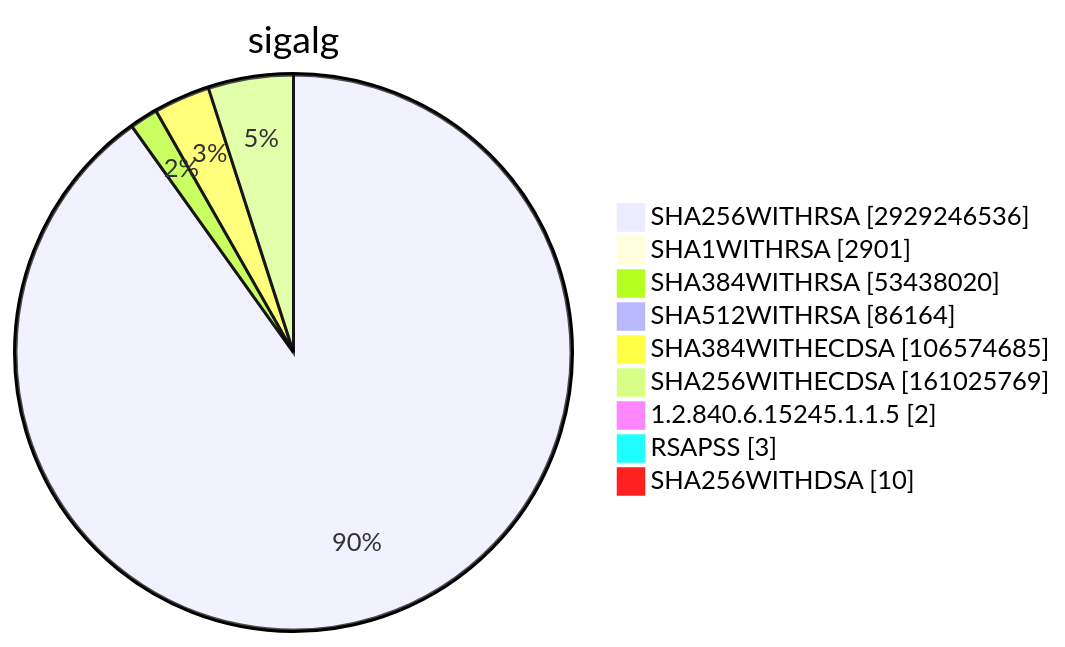
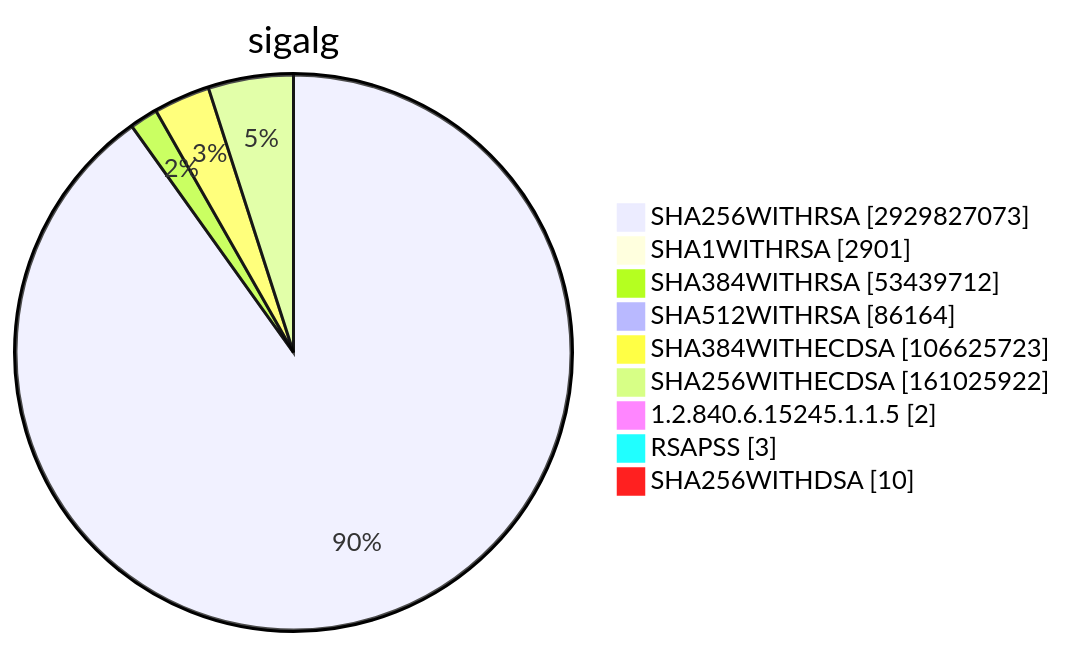
Before and after one commit to christiankrug/ctmonitor_visualization: diagram 15 of 15 in TOTAL/README.md, drawn with Mermaid. The commit also changed other lines of this file, not shown here.

````diff
--- a/TOTAL/README.md
+++ b/TOTAL/README.md
@@ -6207,13 +6207,13 @@
 ```mermaid
 pie showData
 title sigalg
-"SHA256WITHRSA" :2929246536
+"SHA256WITHRSA" :2929827073
 "SHA1WITHRSA" :2901
-"SHA384WITHRSA" :53438020
+"SHA384WITHRSA" :53439712
 "SHA512WITHRSA" :86164
-"SHA384WITHECDSA" :106574685
-"SHA256WITHECDSA" :161025769
+"SHA384WITHECDSA" :106625723
+"SHA256WITHECDSA" :161025922
 "1.2.840.6.15245.1.1.5" :2
 "RSAPSS" :3
 "SHA256WITHDSA" :10
 ```
````
